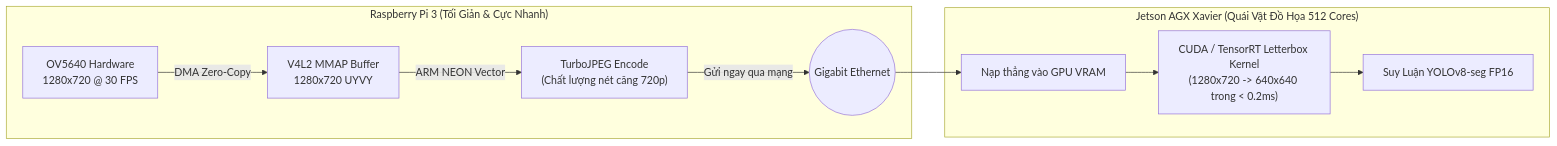
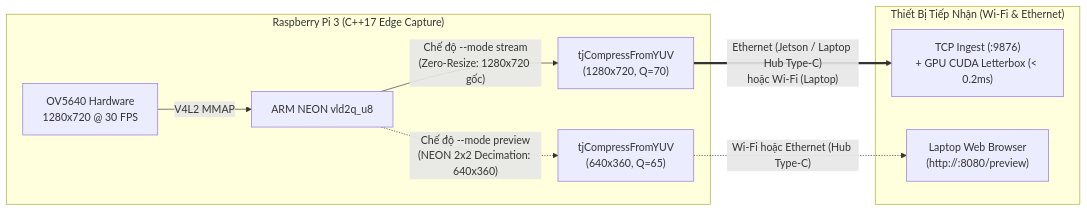
Before and after one commit to phamvantienkiz/monocular-spatial-vision: the diagram in docs/implementation/release-1c/solutionsc/04-zero-resize-edge-and-gpu-offload.md, drawn with Mermaid. The commit also changed other lines of this file and 28 other files, not shown here.

````diff
--- a/docs/implementation/release-1c/solutionsc/04-zero-resize-edge-and-gpu-offload.md
+++ b/docs/implementation/release-1c/solutionsc/04-zero-resize-edge-and-gpu-offload.md
@@ -40,14 +28,13 @@
 ```mermaid
 flowchart LR
-    subgraph PI3 ["Raspberry Pi 3 (Tối Giản & Cực Nhanh)"]
-        OV["OV5640 Hardware<br/>1280x720 @ 30 FPS"] -->|DMA Zero-Copy| MMAP["V4L2 MMAP Buffer<br/>1280x720 UYVY"]
-        MMAP -->|ARM NEON Vector| ENC["TurboJPEG Encode<br/>(Chất lượng nét căng 720p)"]
-        ENC -->|Gửi ngay qua mạng| NET((Gigabit Ethernet))
+    subgraph PI3 ["Raspberry Pi 3 (C++17 Edge Capture)"]
+        OV["OV5640 Hardware<br/>1280x720 @ 30 FPS"] -->|"V4L2 MMAP"| NEON["ARM NEON vld2q_u8"]
+        NEON -->|"Chế độ --mode stream<br/>(Zero-Resize: 1280x720 gốc)"| ENC_720["tjCompressFromYUV<br/>(1280x720, Q=70)"]
+        NEON -.->|"Chế độ --mode preview<br/>(NEON 2x2 Decimation: 640x360)"| ENC_360["tjCompressFromYUV<br/>(640x360, Q=65)"]
     end
 
-    subgraph JETSON ["Jetson AGX Xavier (Quái Vật Đồ Họa 512 Cores)"]
-        NET --> VRAM["Nạp thẳng vào GPU VRAM"]
-        VRAM --> CUDA["CUDA / TensorRT Letterbox Kernel<br/>(1280x720 -> 640x640 trong < 0.2ms)"]
-        CUDA --> YOLO["Suy Luận YOLOv8-seg FP16"]
+    subgraph TARGETS ["Thiết Bị Tiếp Nhận (Wi-Fi & Ethernet)"]
+        ENC_720 ==>|"Ethernet (Jetson / Laptop Hub Type-C)<br/>hoặc Wi-Fi (Laptop)"| INGEST["TCP Ingest (:9876)<br/>+ GPU CUDA Letterbox (< 0.2ms)"]
+        ENC_360 -.->|"Wi-Fi hoặc Ethernet (Hub Type-C)"| BROWSER["Laptop Web Browser<br/>(http://<PI_IP>:8080/preview)"]
     end
 ```
````
